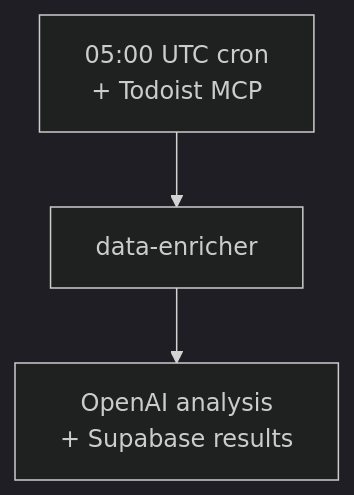
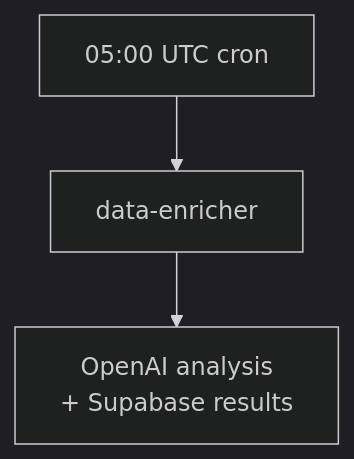
The sixth of 7 diagrams in docs/01-architecture.mdx (allistera/Cookie-Docs), drawn with Mermaid (dark theme) before and after one commit. The commit also changed other lines of this file and 4 other files, not shown here.

First line of the commit message:
Drop Todoist from the enricher and AI Today docs

````diff
--- a/docs/01-architecture.mdx
+++ b/docs/01-architecture.mdx
@@ -174,5 +174,5 @@
 ```mermaid
 flowchart TB
-    Inputs["05:00 UTC cron<br/>+ Todoist MCP"] --> Enricher["data-enricher"]
+    Inputs["05:00 UTC cron"] --> Enricher["data-enricher"]
     Enricher --> Outputs["OpenAI analysis<br/>+ Supabase results"]
 ```
````
